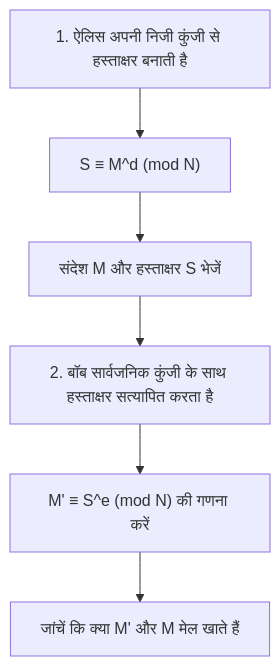
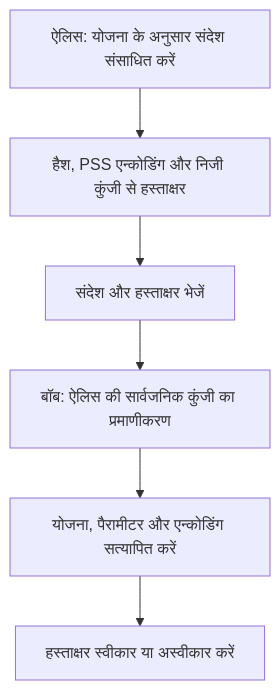
One commit to kenjinote/blog changed the third of 3 diagrams in content/post/rsa暗号の仕組みを高校生でもわかるように説明する/index.hi.md. Above: the diagram before and after it, drawn with Mermaid. The commit also changed other lines of this file and 5 other files, not shown here.

````diff
--- a/content/post/rsa暗号の仕組みを高校生でもわかるように説明する/index.hi.md
+++ b/content/post/rsa暗号の仕組みを高校生でもわかるように説明する/index.hi.md
@@ -292,9 +169,8 @@
 ```mermaid
 flowchart TD
-    A1["1. ऐलिस अपनी निजी कुंजी से हस्ताक्षर बनाती है"] --> A2["S ≡ M^d (mod N)"]
-    A2 --> A3["संदेश M और हस्ताक्षर S भेजें"]
-    
-    A3 --> B1["2. बॉब सार्वजनिक कुंजी के साथ हस्ताक्षर सत्यापित करता है"]
-    B1 --> B2["M' ≡ S^e (mod N) की गणना करें"]
-    B2 --> B3["जांचें कि क्या M' और M मेल खाते हैं"]
+    A1["ऐलिस: योजना के अनुसार संदेश संसाधित करें"] --> A2["हैश, PSS एन्कोडिंग और निजी कुंजी से हस्ताक्षर"]
+    A2 --> A3["संदेश और हस्ताक्षर भेजें"]
+    A3 --> B1["बॉब: ऐलिस की सार्वजनिक कुंजी का प्रमाणीकरण"]
+    B1 --> B2["योजना, पैरामीटर और एन्कोडिंग सत्यापित करें"]
+    B2 --> B3["हस्ताक्षर स्वीकार या अस्वीकार करें"]
 ```
````
